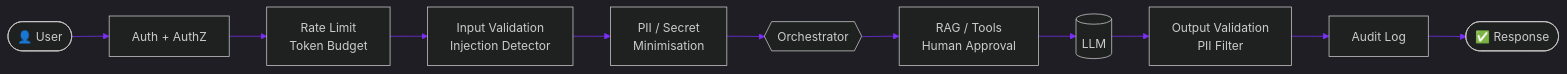
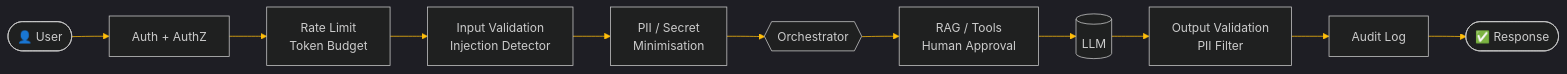
Before and after one commit to sourabhbagda24/sourabhbagda24: the second of 2 diagrams in README.md, drawn with Mermaid. The commit also changed other lines of this file, not shown here.

````diff
--- a/README.md
+++ b/README.md
@@ -319,14 +336,14 @@
 ```mermaid
-%%{init: {'theme':'dark','themeVariables':{'primaryColor':'#1a0a3d','primaryTextColor':'#ffffff','primaryBorderColor':'#00cfff','lineColor':'#7b2ff7','secondaryColor':'#020b18','tertiaryColor':'#020b18','fontFamily':'monospace'}}}%%
+%%{init: {'theme':'dark','themeVariables':{'primaryColor':'#2a0a0a','primaryTextColor':'#ffffff','primaryBorderColor':'#ff6b35','lineColor':'#ffbe0b','secondaryColor':'#0d0d0d','tertiaryColor':'#0d0d0d','fontFamily':'monospace'}}}%%
 flowchart LR
     U([👤 User]) --> A[Auth + AuthZ]
     A --> R[Rate Limit<br/>Token Budget]
     R --> I[Input Validation<br/>Injection Detector]
     I --> P[PII / Secret<br/>Minimisation]
     P --> O{{Orchestrator}}
     O --> T[RAG / Tools<br/>Human Approval]
     T --> L[(LLM)]
     L --> V[Output Validation<br/>PII Filter]
     V --> G[Audit Log]
     G --> X([✅ Response])
 ```
````
